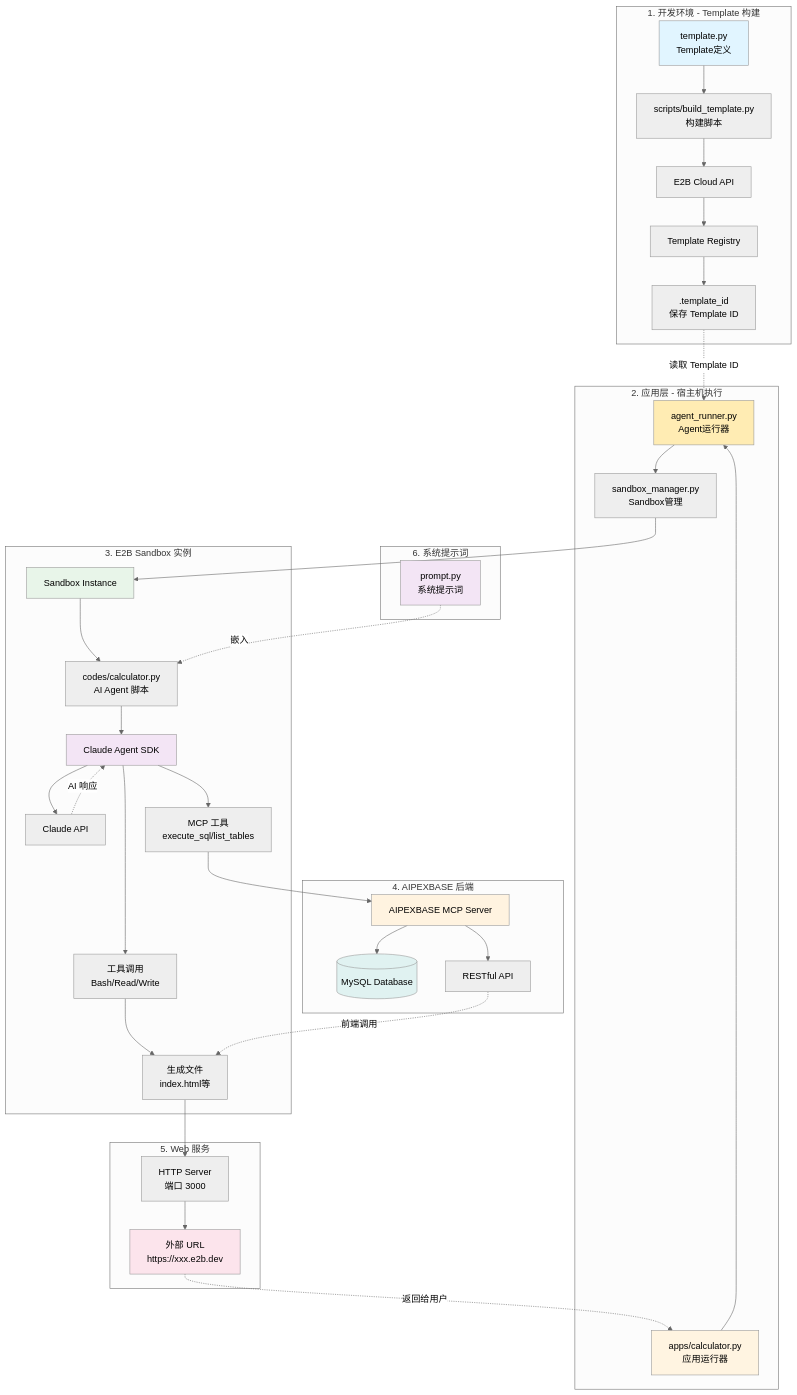
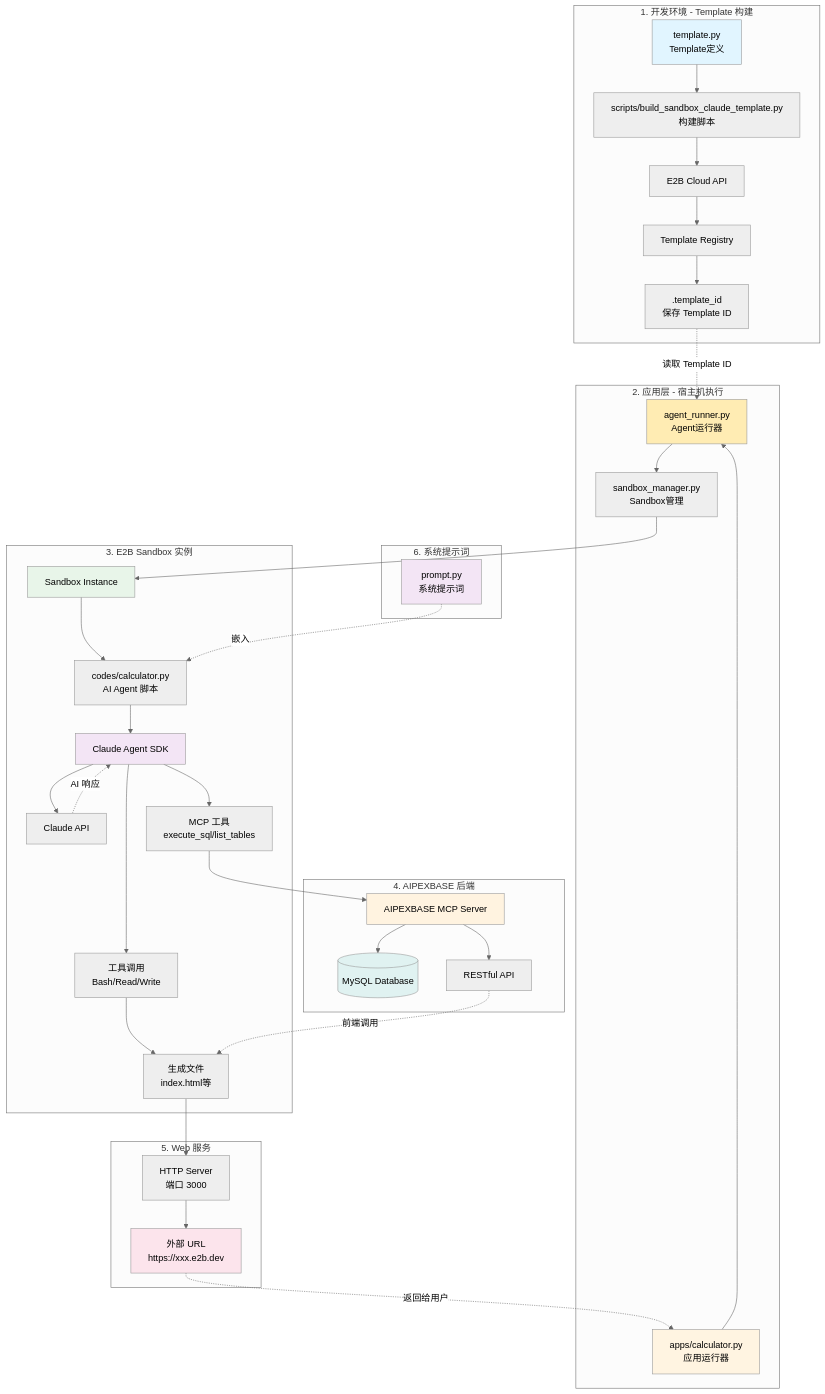
One commit to xiaodong528/Genie changed the first of 7 diagrams in docs/tech/architecture.md. Above: the diagram before and after it, drawn with Mermaid (neutral theme). The commit also changed other lines of this file and 5 other files, not shown here.

````diff
--- a/docs/tech/architecture.md
+++ b/docs/tech/architecture.md
@@ -34,54 +34,54 @@
 ```mermaid
 graph TB
     subgraph "1. 开发环境 - Template 构建"
-        A[template.py<br/>Template定义] --> B[scripts/build_template.py<br/>构建脚本]
+        A[template.py<br/>Template定义] --> B[scripts/build_sandbox_claude_template.py<br/>构建脚本]
         B --> C[E2B Cloud API]
         C --> D[Template Registry]
         D --> E[.template_id<br/>保存 Template ID]
     end
 
     subgraph "2. 应用层 - 宿主机执行"
         F[apps/calculator.py<br/>应用运行器] --> G[agent_runner.py<br/>Agent运行器]
         G --> H[sandbox_manager.py<br/>Sandbox管理]
     end
 
     subgraph "3. E2B Sandbox 实例"
         H --> I[Sandbox Instance]
         I --> J[codes/calculator.py<br/>AI Agent 脚本]
         J --> K[Claude Agent SDK]
         K --> L[Claude API]
         K --> M[工具调用<br/>Bash/Read/Write]
         K --> MCP[MCP 工具<br/>execute_sql/list_tables]
         M --> N[生成文件<br/>index.html等]
     end
 
     subgraph "4. AIPEXBASE 后端"
         MCP --> AIPEX[AIPEXBASE MCP Server]
         AIPEX --> DB[(MySQL Database)]
         AIPEX --> API[RESTful API]
     end
 
     subgraph "5. Web 服务"
         N --> O[HTTP Server<br/>端口 3000]
         O --> P[外部 URL<br/>https://xxx.e2b.dev]
     end
 
     subgraph "6. 系统提示词"
         PROMPT[prompt.py<br/>系统提示词] -.嵌入.-> J
     end
 
     E -.读取 Template ID.-> G
     L -.AI 响应.-> K
     P -.返回给用户.-> F
     API -.前端调用.-> N
 
     style A fill:#e1f5ff
     style F fill:#fff4e1
     style G fill:#ffecb3
     style I fill:#e8f5e9
     style K fill:#f3e5f5
     style P fill:#fce4ec
     style AIPEX fill:#fff3e0
     style DB fill:#e0f2f1
     style PROMPT fill:#f3e5f5
 ```
````
